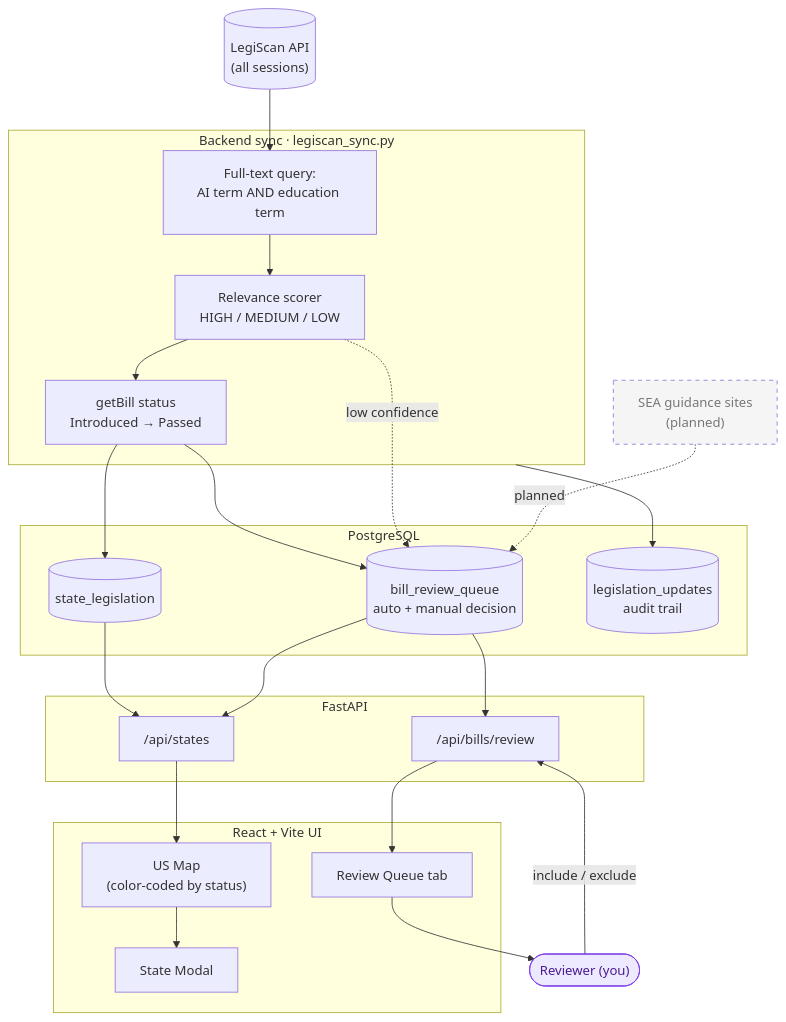
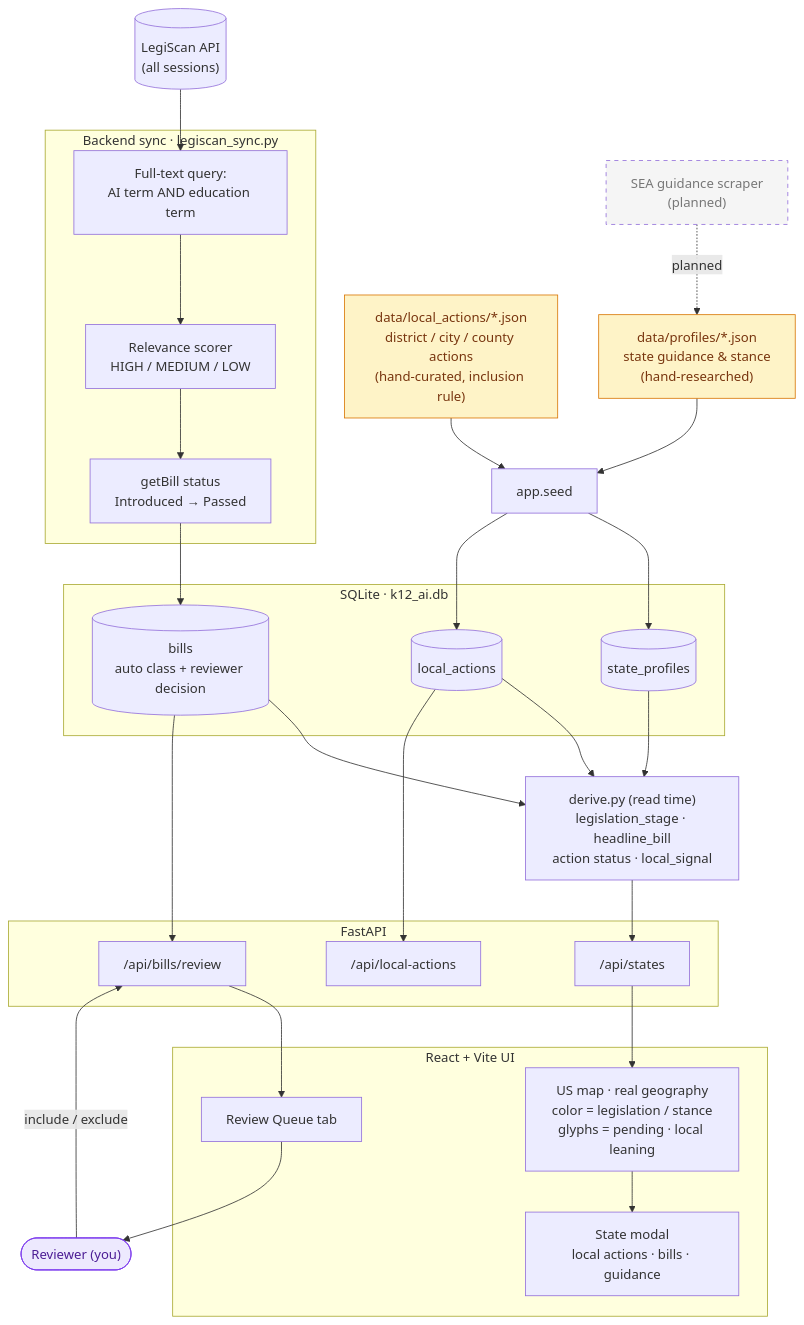
Before and after one commit to dmcgeary76/ailegmap: the diagram in docs/architecture.mermaid, drawn with Mermaid. The commit also changed 73 other files, not shown here.

First line of the commit message:
Rebuild on SQLite with derived map layers, real state outlines, local actions (v0.2 + v0.3)

```diff
--- a/docs/architecture.mermaid
+++ b/docs/architecture.mermaid
@@ -1,50 +1,66 @@
 flowchart TD
   LS[("LegiScan API
 (all sessions)")]
-  SEA["SEA guidance sites
+  PROF["data/profiles/*.json
+state guidance & stance
+(hand-researched)"]:::curated
+  LOCAL["data/local_actions/*.json
+district / city / county actions
+(hand-curated, inclusion rule)"]:::curated
+  SEA["SEA guidance scraper
 (planned)"]:::future
 
   subgraph SYNC["Backend sync · legiscan_sync.py"]
     Q["Full-text query:
 AI term AND education term"]
     SCORE["Relevance scorer
 HIGH / MEDIUM / LOW"]
     STAT["getBill status
 Introduced → Passed"]
   end
 
-  subgraph DB["PostgreSQL"]
-    SL[("state_legislation")]
-    BRQ[("bill_review_queue
-auto + manual decision")]
-    AUD[("legislation_updates
-audit trail")]
+  SEED["app.seed"]
+
+  subgraph DB["SQLite · k12_ai.db"]
+    B[("bills
+auto class + reviewer decision")]
+    SP[("state_profiles")]
+    LA[("local_actions")]
   end
+
+  DER["derive.py (read time)
+legislation_stage · headline_bill
+action status · local_signal"]
 
   subgraph API["FastAPI"]
     AS["/api/states"]
     AR["/api/bills/review"]
+    AL["/api/local-actions"]
   end
 
   subgraph FE["React + Vite UI"]
-    MAP["US Map
-(color-coded by status)"]
-    MOD["State Modal"]
+    MAP["US map · real geography
+color = legislation / stance
+glyphs = pending · local leaning"]
+    MOD["State modal
+local actions · bills · guidance"]
     RQ["Review Queue tab"]
   end
 
   REV(["Reviewer (you)"]):::human
 
-  LS --> Q --> SCORE --> STAT
-  STAT --> SL
-  STAT --> BRQ
-  SCORE -. low confidence .-> BRQ
-  SYNC --> AUD
-  BRQ --> AR --> RQ --> REV
+  LS --> Q --> SCORE --> STAT --> B
+  PROF --> SEED --> SP
+  LOCAL --> SEED --> LA
+  B --> DER
+  SP --> DER
+  LA --> DER
+  DER --> AS --> MAP --> MOD
+  LA --> AL
+  B --> AR --> RQ --> REV
   REV -- "include / exclude" --> AR
-  SL --> AS --> MAP --> MOD
-  BRQ --> AS
-  SEA -. planned .-> BRQ
+  SEA -. planned .-> PROF
 
   classDef future stroke-dasharray:5 5,fill:#f5f5f5,color:#777;
+  classDef curated fill:#fef3c7,stroke:#d97706,color:#78350f;
   classDef human fill:#ede9fe,stroke:#7c3aed,color:#4c1d95;
```
